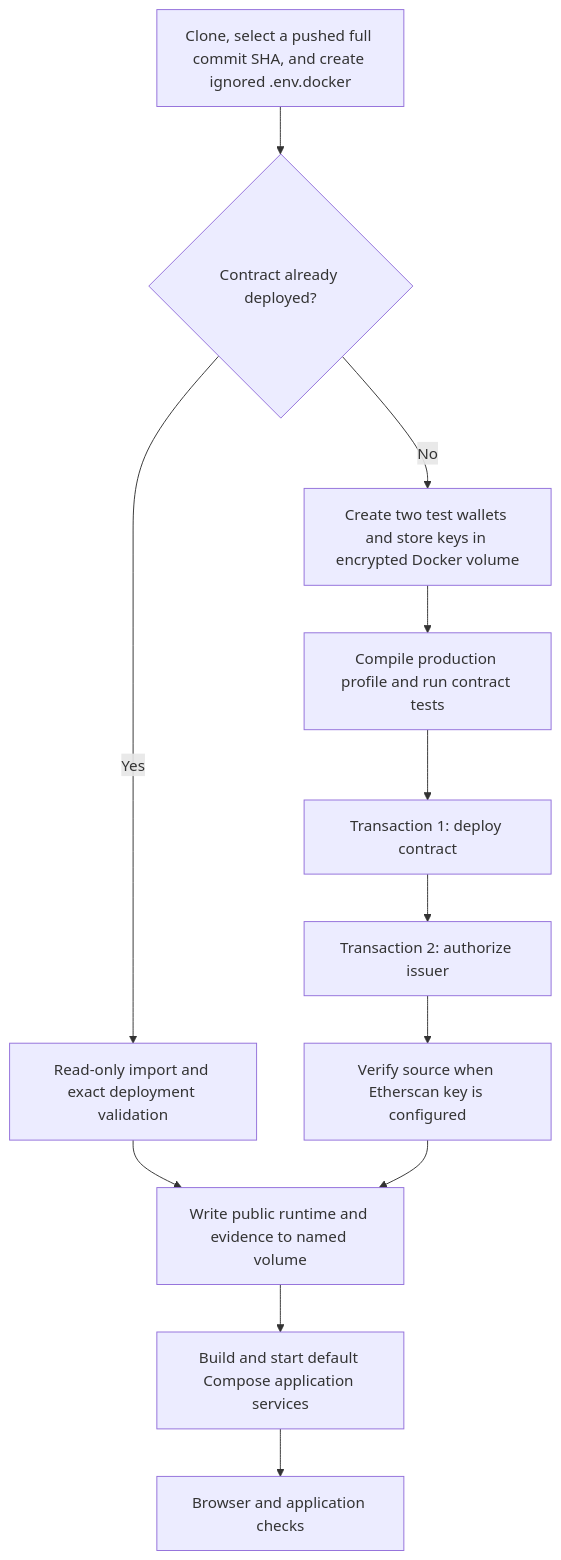
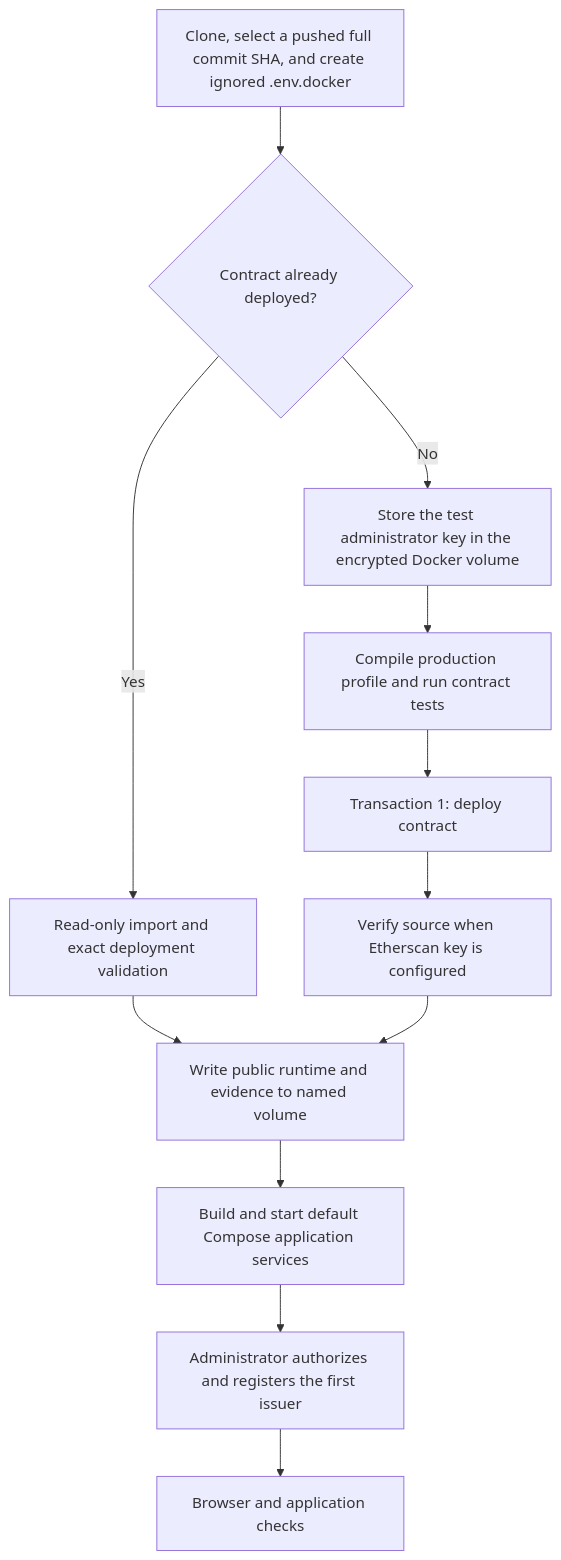
Before and after one commit to prabinpkrl/pramaan-chain-smart-contracts: the seventh of 7 diagrams in docs/system-architecture.md, drawn with Mermaid. The commit also changed other lines of this file and 24 other files, not shown here.

````diff
--- a/docs/system-architecture.md
+++ b/docs/system-architecture.md
@@ -715,14 +715,14 @@
 ```mermaid
 flowchart TD
     CLONE["Clone, select a pushed full commit SHA, and create ignored .env.docker"] --> CHOOSE{"Contract already deployed?"}
     CHOOSE -->|"Yes"| IMPORT["Read-only import and exact deployment validation"]
-    CHOOSE -->|"No"| KEYS["Create two test wallets and store keys in encrypted Docker volume"]
+    CHOOSE -->|"No"| KEYS["Store the test administrator key in the encrypted Docker volume"]
     KEYS --> TEST1["Compile production profile and run contract tests"]
     TEST1 --> DEPLOY["Transaction 1: deploy contract"]
-    DEPLOY --> AUTH["Transaction 2: authorize issuer"]
-    AUTH --> VERIFY["Verify source when Etherscan key is configured"]
+    DEPLOY --> VERIFY["Verify source when Etherscan key is configured"]
     IMPORT --> RUNTIME["Write public runtime and evidence to named volume"]
     VERIFY --> RUNTIME
     RUNTIME --> RUN["Build and start default Compose application services"]
-    RUN --> UX["Browser and application checks"]
+    RUN --> AUTH["Administrator authorizes and registers the first issuer"]
+    AUTH --> UX["Browser and application checks"]
 ```
````
